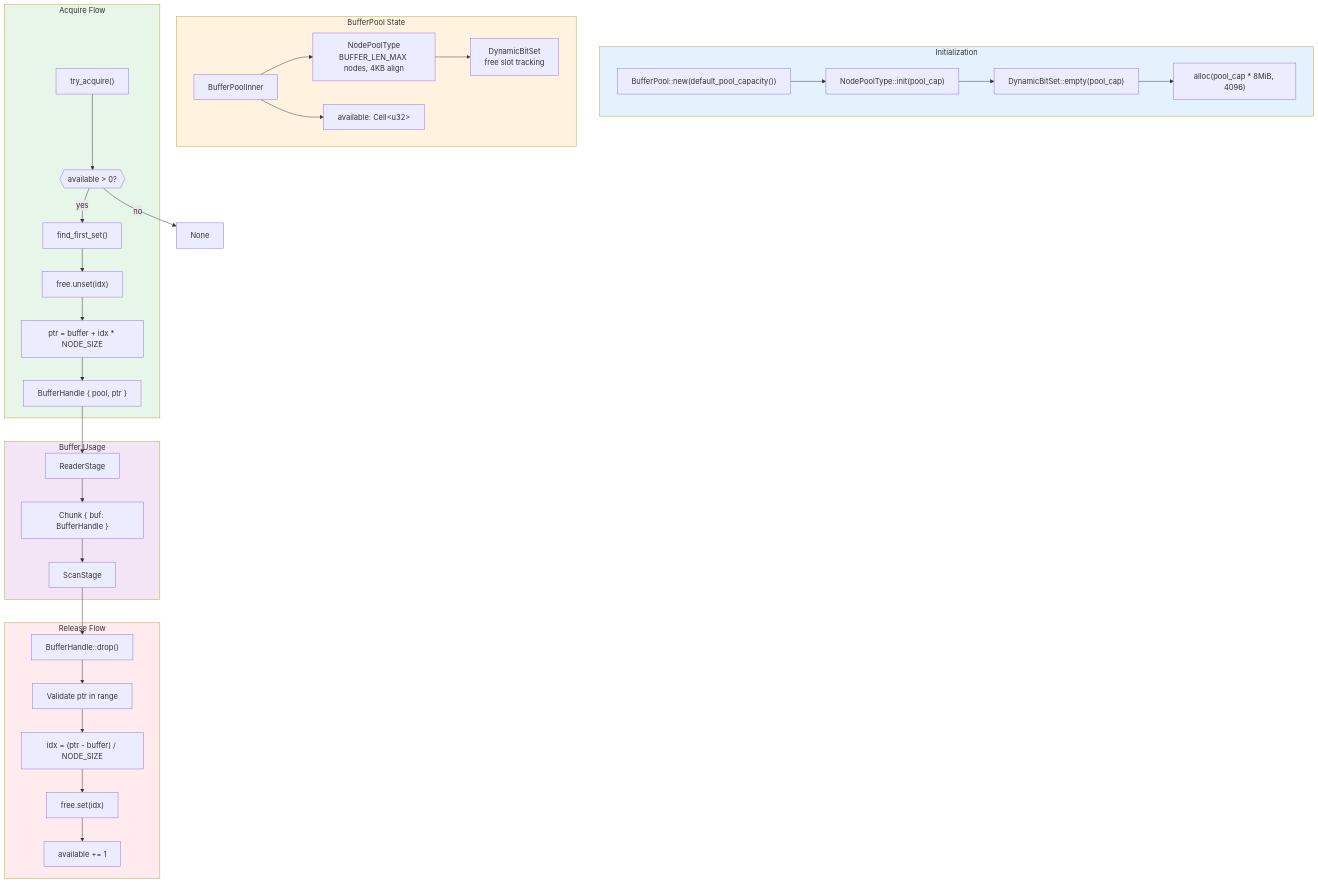
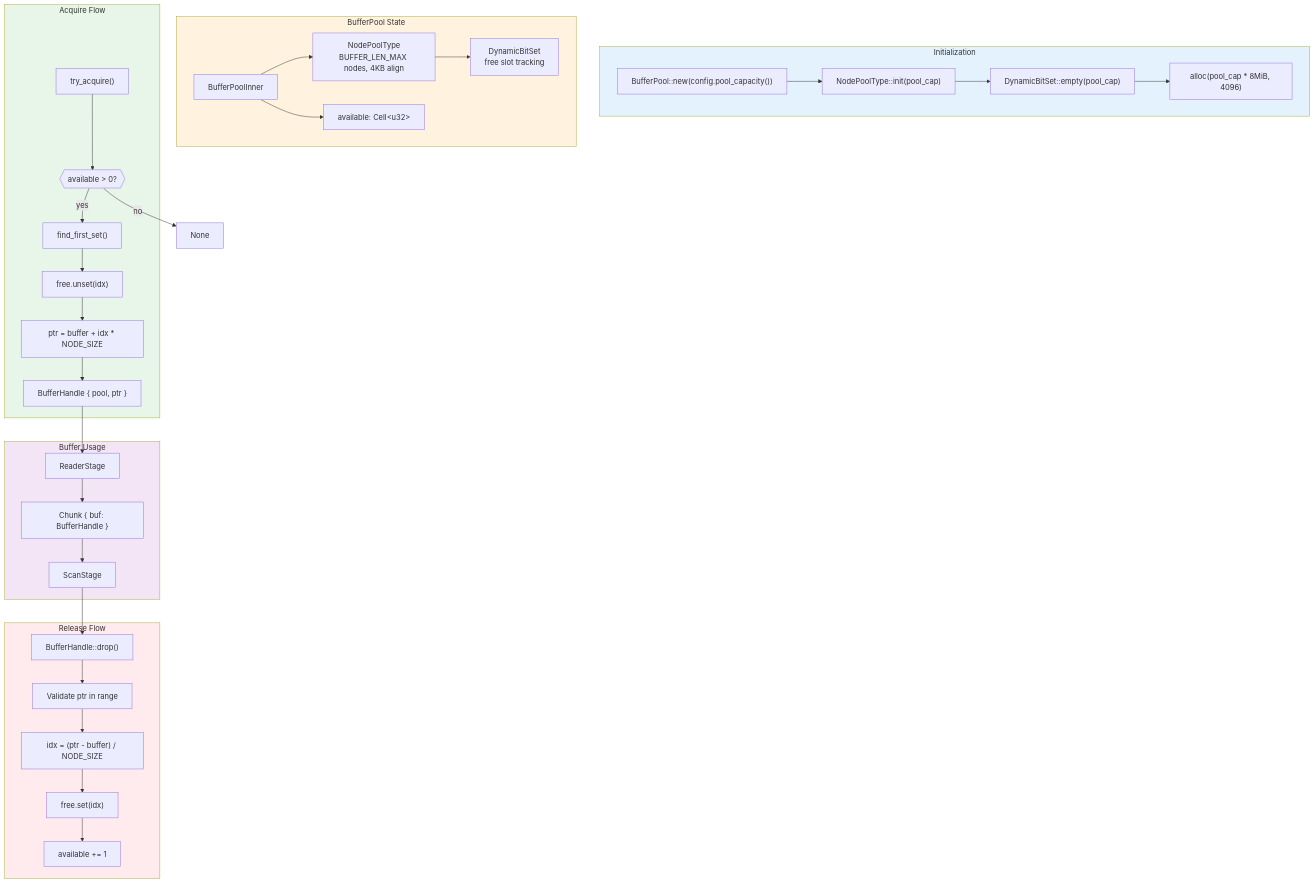
The first of 4 diagrams in docs/memory-management.md (ahrav/scratch-scanner-rs), drawn with Mermaid before and after one commit. The commit also changed other lines of this file and 6 other files, not shown here.

````diff
--- a/docs/memory-management.md
+++ b/docs/memory-management.md
@@ -327,70 +333,70 @@
 ```mermaid
 flowchart TB
     subgraph Init["Initialization"]
-        PoolInit["BufferPool::new(default_pool_capacity())"]
+        PoolInit["BufferPool::new(config.pool_capacity())"]
         NodeInit["NodePoolType::init(pool_cap)"]
         BitInit["DynamicBitSet::empty(pool_cap)"]
         Alloc["alloc(pool_cap * 8MiB, 4096)"]
     end
 
     subgraph Pool["BufferPool State"]
         Inner["BufferPoolInner"]
         NodePool["NodePoolType<br/>BUFFER_LEN_MAX nodes, 4KB align"]
         Available["available: Cell&lt;u32&gt;"]
         Bitset["DynamicBitSet<br/>free slot tracking"]
     end
 
     subgraph Acquire["Acquire Flow"]
         TryAcq["try_acquire()"]
         CheckAvail{{"available > 0?"}}
         FindFree["find_first_set()"]
         UnsetBit["free.unset(idx)"]
         CalcPtr["ptr = buffer + idx * NODE_SIZE"]
         Handle["BufferHandle { pool, ptr }"]
     end
 
     subgraph Release["Release Flow"]
         Drop["BufferHandle::drop()"]
         ValidatePtr["Validate ptr in range"]
         CalcIdx["idx = (ptr - buffer) / NODE_SIZE"]
         SetBit["free.set(idx)"]
         IncAvail["available += 1"]
     end
 
     subgraph Usage["Buffer Usage"]
         Reader["ReaderStage"]
         Chunk["Chunk { buf: BufferHandle }"]
         Scanner["ScanStage"]
     end
 
     PoolInit --> NodeInit
     NodeInit --> BitInit
     BitInit --> Alloc
 
     Inner --> NodePool
     Inner --> Available
     NodePool --> Bitset
 
     TryAcq --> CheckAvail
     CheckAvail --> |"no"| None["None"]
     CheckAvail --> |"yes"| FindFree
     FindFree --> UnsetBit
     UnsetBit --> CalcPtr
     CalcPtr --> Handle
 
     Handle --> Reader
     Reader --> Chunk
     Chunk --> Scanner
     Scanner --> Drop
 
     Drop --> ValidatePtr
     ValidatePtr --> CalcIdx
     CalcIdx --> SetBit
     SetBit --> IncAvail
 
     style Init fill:#e3f2fd
     style Pool fill:#fff3e0
     style Acquire fill:#e8f5e9
     style Release fill:#ffebee
     style Usage fill:#f3e5f5
 ```
````
